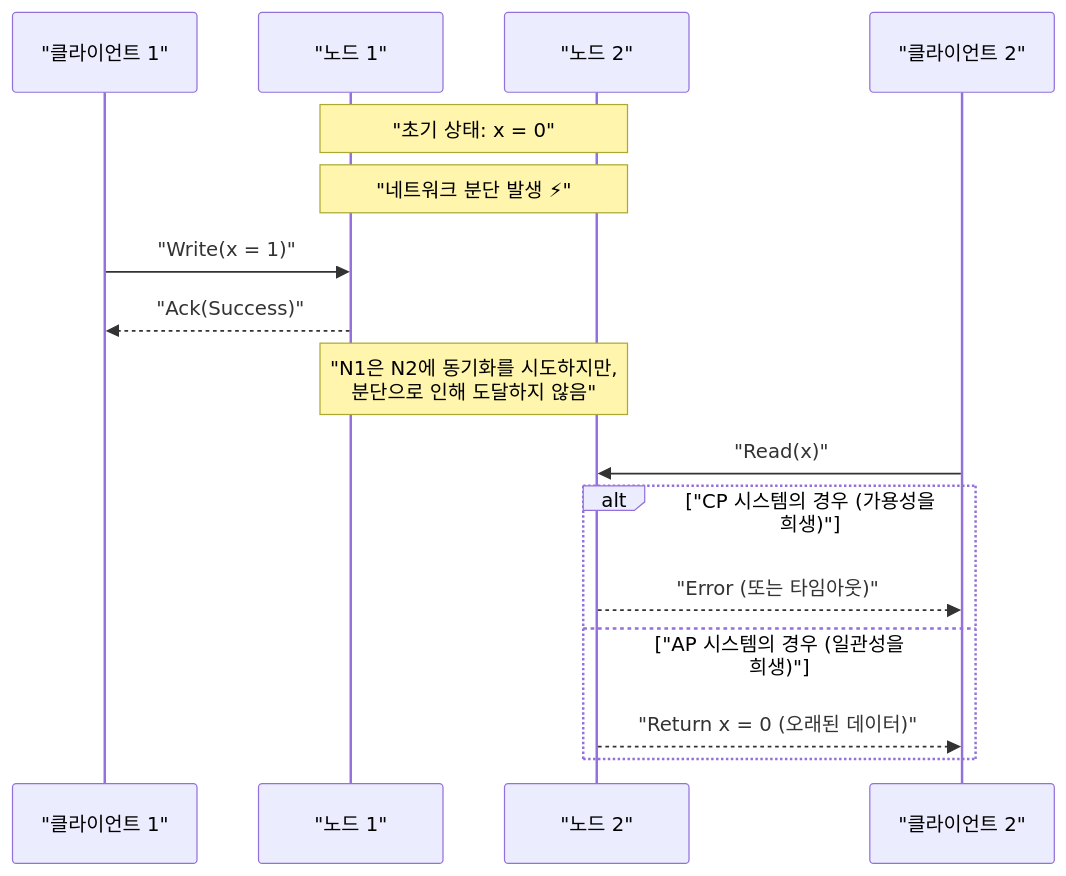
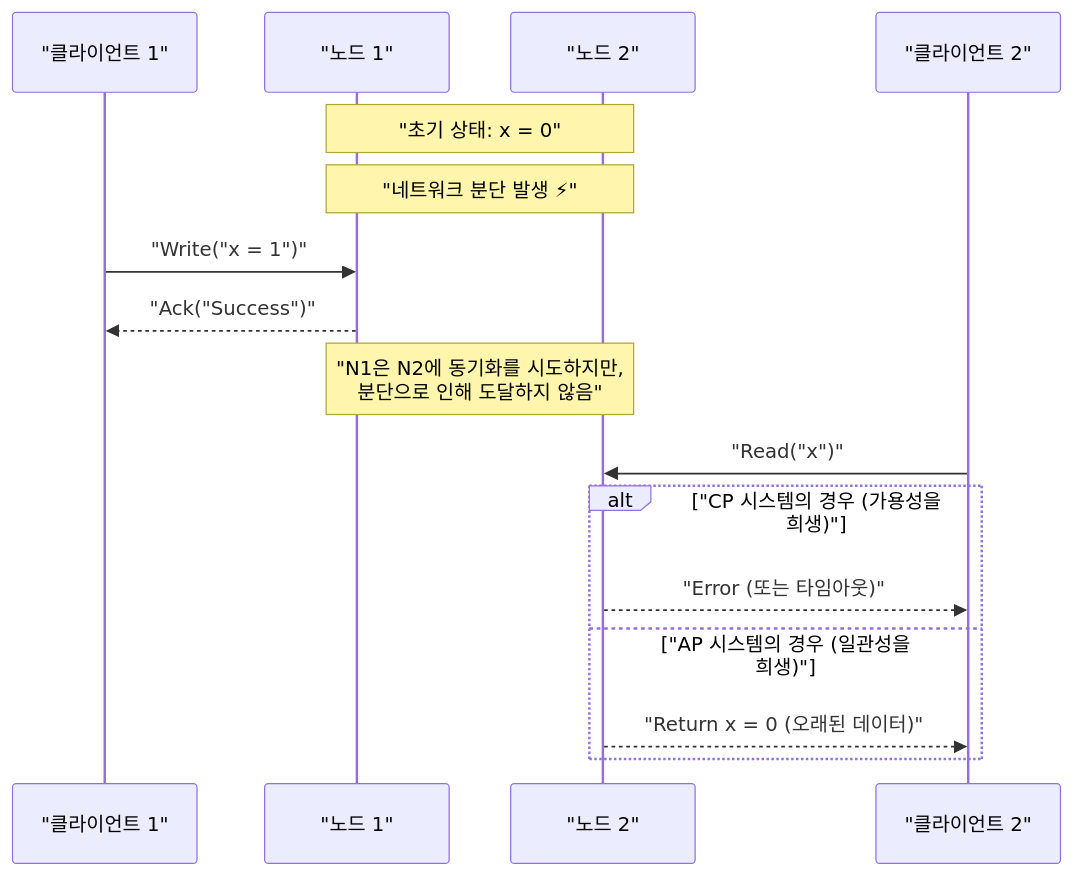
Before and after one commit to kenjinote/blog: the second of 4 diagrams in content/post/cap-theorem-distributed-systems/index.ko.md, drawn with Mermaid. The commit also changed 929 other files, not shown here.

Commit message:
fix: Add double quotes to all Mermaid node texts to resolve syntax errors

````diff
--- a/content/post/cap-theorem-distributed-systems/index.ko.md
+++ b/content/post/cap-theorem-distributed-systems/index.ko.md
@@ -90,19 +90,19 @@
 ```mermaid
 sequenceDiagram
     participant C1 as "클라이언트 1"
     participant N1 as "노드 1"
     participant N2 as "노드 2"
     participant C2 as "클라이언트 2"
 
     Note over N1, N2: "초기 상태: x = 0"
     Note over N1, N2: "네트워크 분단 발생 ⚡"
-    C1->>N1: "Write(x = 1)"
-    N1-->>C1: "Ack(Success)"
+    C1->>N1: "Write("x = 1")"
+    N1-->>C1: "Ack("Success")"
     Note over N1, N2: "N1은 N2에 동기화를 시도하지만,<br>분단으로 인해 도달하지 않음"
-    C2->>N2: "Read(x)"
+    C2->>N2: "Read("x")"
     alt "CP 시스템의 경우 (가용성을 희생)"
         N2-->>C2: "Error (또는 타임아웃)"
     else "AP 시스템의 경우 (일관성을 희생)"
         N2-->>C2: "Return x = 0 (오래된 데이터)"
     end
 ```
````
